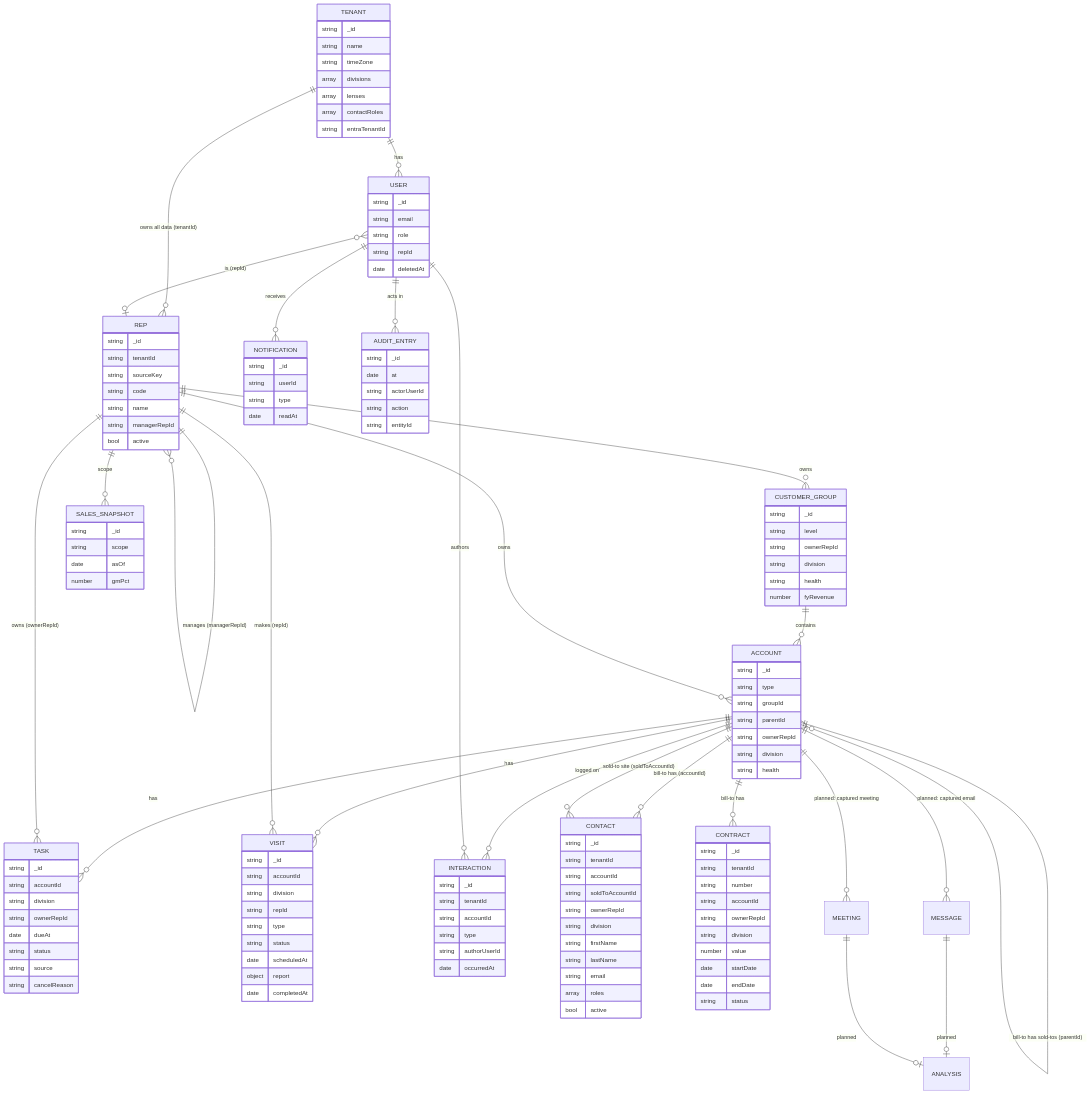
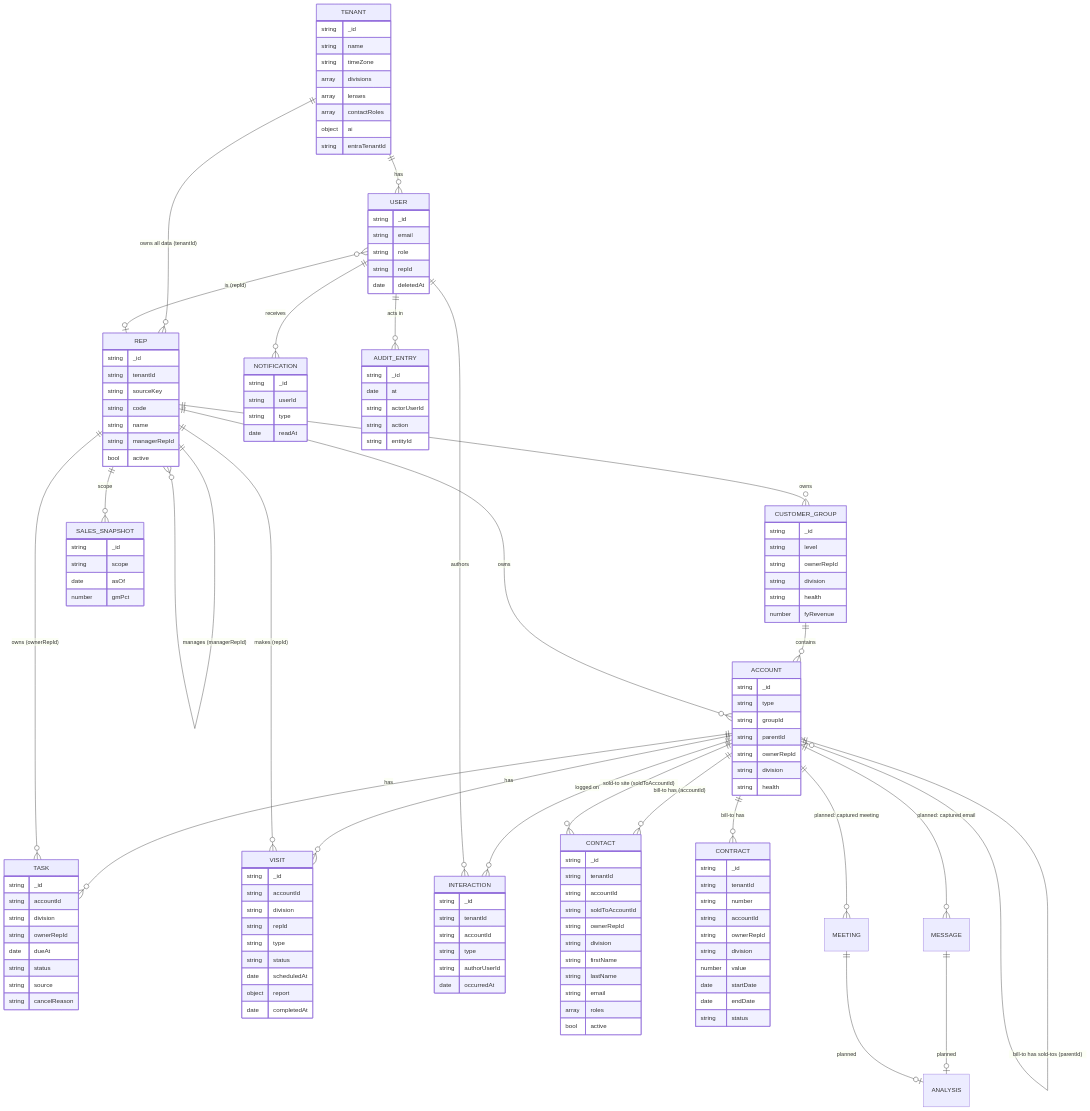
The diagram in docs/architecture/data-model.md (sonishivam1/ambient-crm), drawn with Mermaid before and after one commit. The commit also changed other lines of this file and 29 other files, not shown here.

```diff
--- a/docs/architecture/data-model.md
+++ b/docs/architecture/data-model.md
@@ -55,6 +55,7 @@
     array divisions
     array lenses
     array contactRoles
+    object ai
     string entraTenantId
   }
   REP {
```
